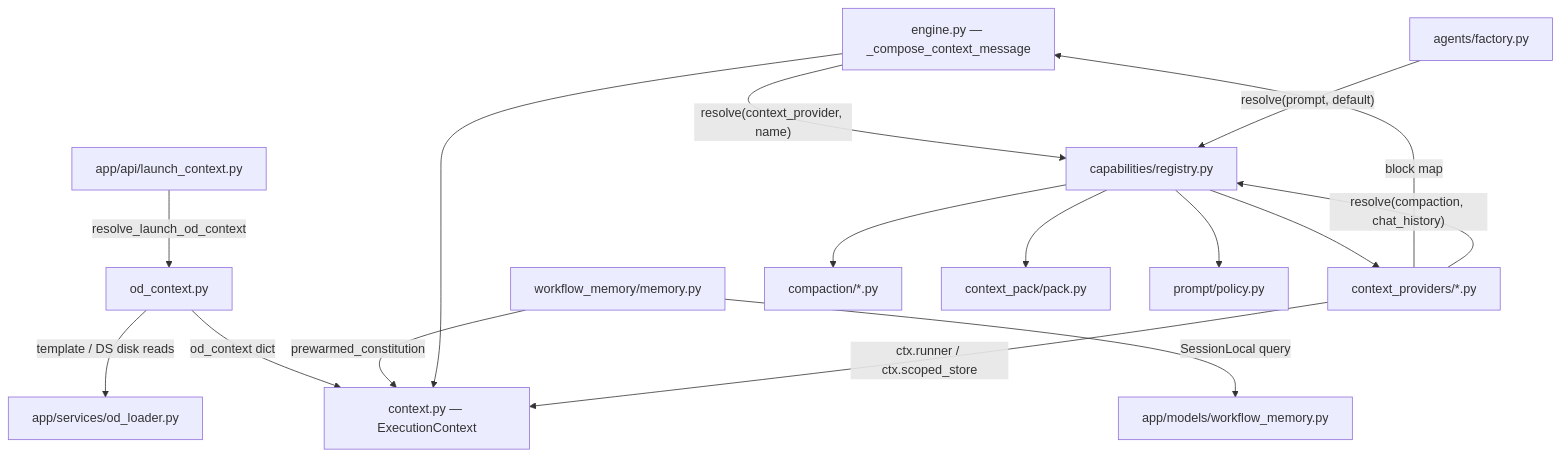
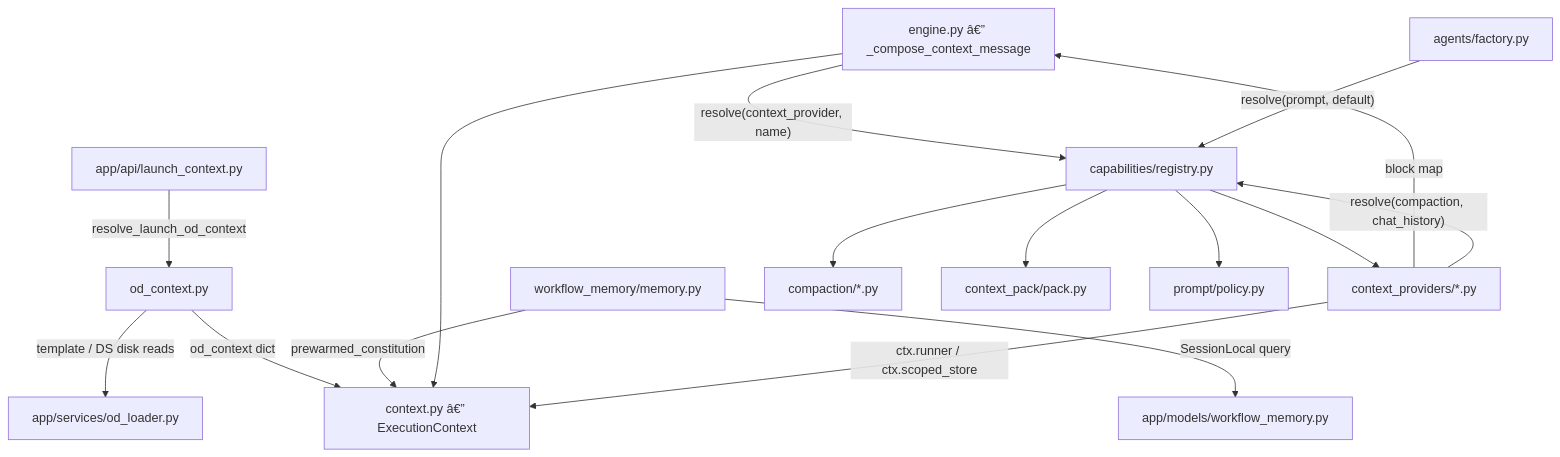
Before and after one commit to prateek-sinha7/IdeaFlowAI: the first of 2 diagrams in .knowledge/architecture/DOMAIN-context-assembly.md, drawn with Mermaid. The commit also changed other lines of this file and 791 other files, not shown here.

````diff
--- a/.knowledge/architecture/DOMAIN-context-assembly.md
+++ b/.knowledge/architecture/DOMAIN-context-assembly.md
@@ -108,18 +109,18 @@
 ```mermaid
 flowchart TD
     launch["app/api/launch_context.py"] -->|"resolve_launch_od_context"| odctx["od_context.py"]
     odctx -->|"template / DS disk reads"| odloader["app/services/od_loader.py"]
-    odctx -->|"od_context dict"| ectx["context.py — ExecutionContext"]
+    odctx -->|"od_context dict"| ectx["context.py â€” ExecutionContext"]
     memory["workflow_memory/memory.py"] -->|"SessionLocal query"| db["app/models/workflow_memory.py"]
     memory -->|"prewarmed_constitution"| ectx
-    engine["engine.py — _compose_context_message"] --> ectx
+    engine["engine.py â€” _compose_context_message"] --> ectx
     engine -->|"resolve(context_provider, name)"| registry["capabilities/registry.py"]
     registry --> providers["context_providers/*.py"]
     providers -->|"ctx.runner / ctx.scoped_store"| ectx
     providers -->|"block map"| engine
     providers -->|"resolve(compaction, chat_history)"| registry
     registry --> compaction["compaction/*.py"]
     registry --> pack["context_pack/pack.py"]
     factory["agents/factory.py"] -->|"resolve(prompt, default)"| registry
     registry --> policy["prompt/policy.py"]
 ```
````
